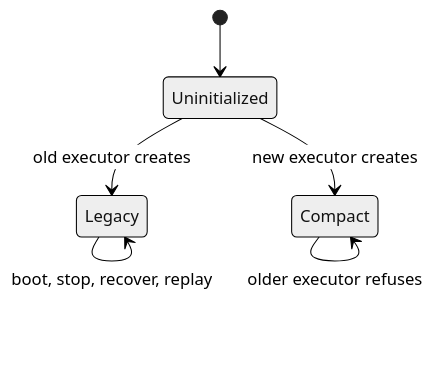
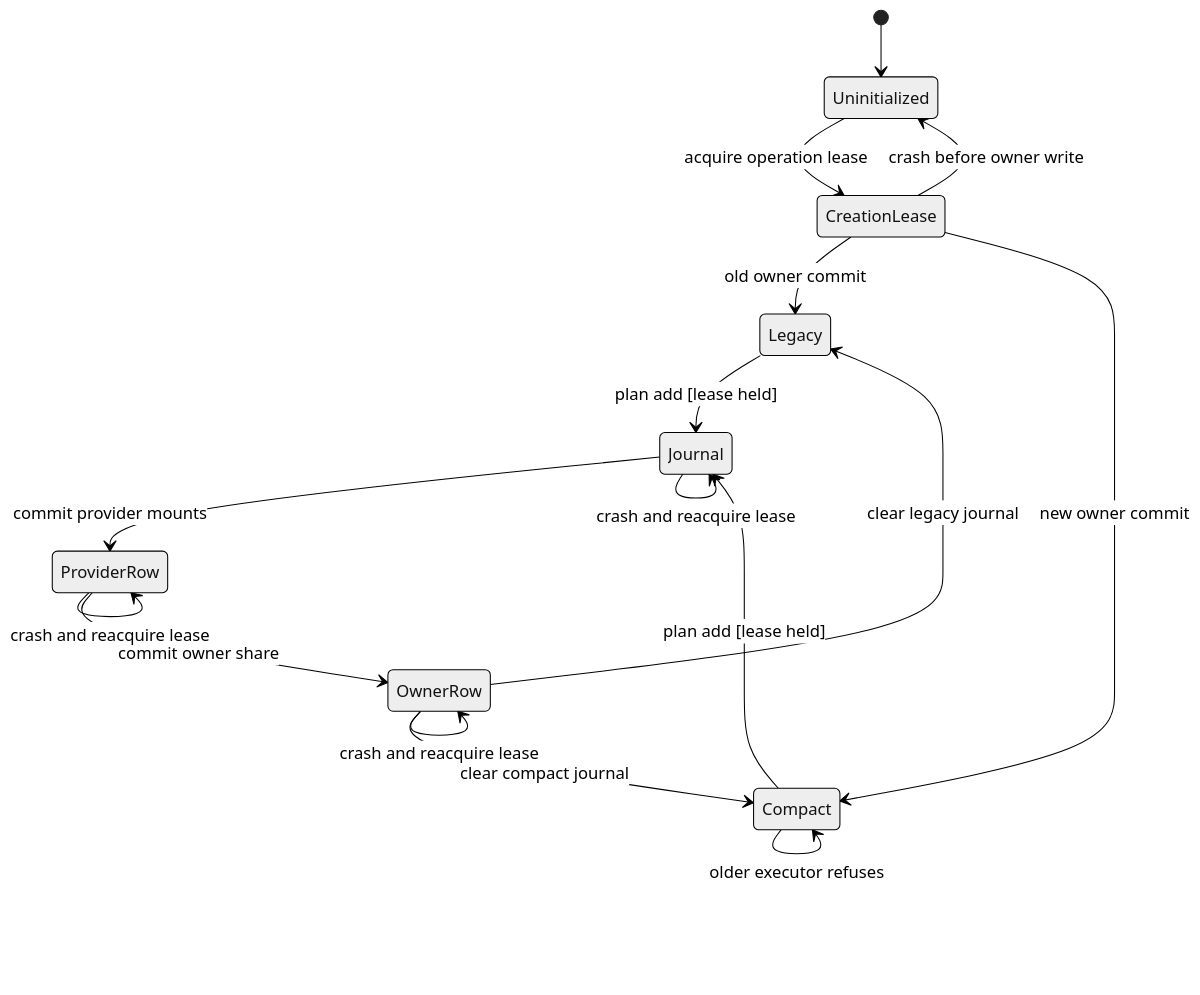
The diagram in docs/diagrams/native-pool-layout.mmd (hack-dance/hack), drawn with Mermaid (neutral theme) before and after one commit. The commit also changed 13 other files, not shown here.

Commit message:
fix(native): reset compact bridge mounts at guest boot

```diff
--- a/docs/diagrams/native-pool-layout.mmd
+++ b/docs/diagrams/native-pool-layout.mmd
@@ -1,7 +1,16 @@
 stateDiagram-v2
     [*] --> Uninitialized
-    Uninitialized --> Legacy: old executor creates
-    Uninitialized --> Compact: new executor creates
-    Legacy --> Legacy: boot, stop, recover, replay
-    Compact --> Compact: boot, stop, recover, replay
+    Uninitialized --> CreationLease: acquire operation lease
+    CreationLease --> Uninitialized: crash before owner write
+    CreationLease --> Legacy: old owner commit
+    CreationLease --> Compact: new owner commit
     Compact --> Compact: older executor refuses
+    Legacy --> Journal: plan add [lease held]
+    Compact --> Journal: plan add [lease held]
+    Journal --> ProviderRow: commit provider mounts
+    ProviderRow --> OwnerRow: commit owner share
+    OwnerRow --> Legacy: clear legacy journal
+    OwnerRow --> Compact: clear compact journal
+    Journal --> Journal: crash and reacquire lease
+    ProviderRow --> ProviderRow: crash and reacquire lease
+    OwnerRow --> OwnerRow: crash and reacquire lease
```
